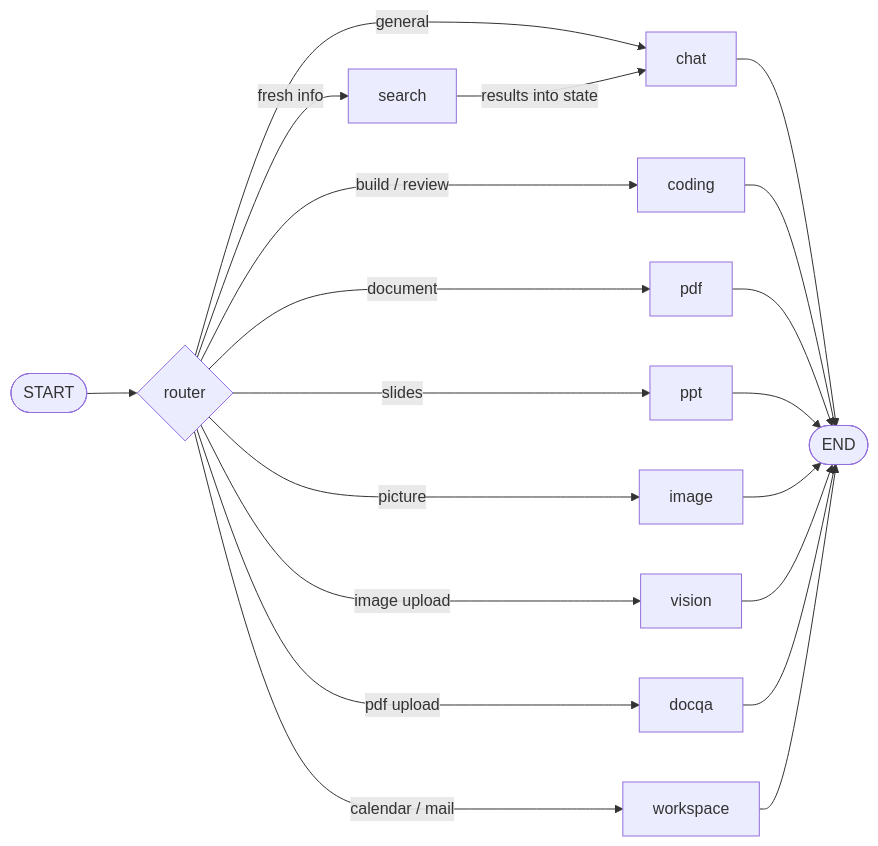
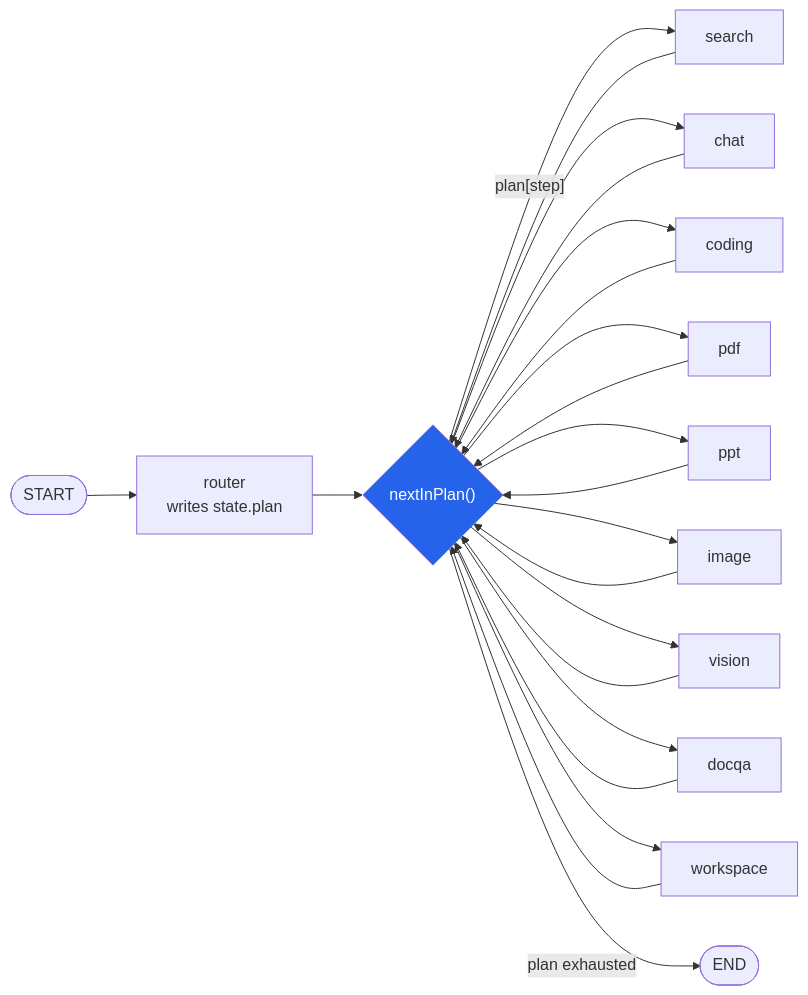
One commit to X-Rachit-X/AI_Secretary changed the second of 13 diagrams in docs/03-ARCHITECTURE.md. Above: the diagram before and after it, drawn with Mermaid. The commit also changed other lines of this file and 27 other files, not shown here.

````diff
--- a/docs/03-ARCHITECTURE.md
+++ b/docs/03-ARCHITECTURE.md
@@ -99,25 +99,29 @@
 ```mermaid
 graph LR
-    START(["START"]) --> ROUTER{"router"}
+    START(["START"]) --> ROUTER["router<br/>writes state.plan"]
+    ROUTER --> NEXT{"nextInPlan()"}
 
-    ROUTER -->|"fresh info"| SEARCH["search"]
-    ROUTER -->|"general"| CHAT["chat"]
-    ROUTER -->|"build / review"| CODING["coding"]
-    ROUTER -->|"document"| PDF["pdf"]
-    ROUTER -->|"slides"| PPT["ppt"]
-    ROUTER -->|"picture"| IMAGE["image"]
-    ROUTER -->|"image upload"| VISION["vision"]
-    ROUTER -->|"pdf upload"| DOCQA["docqa"]
-    ROUTER -->|"calendar / mail"| WS["workspace"]
+    NEXT -->|"plan[step]"| SEARCH["search"]
+    NEXT --> CHAT["chat"]
+    NEXT --> CODING["coding"]
+    NEXT --> PDF["pdf"]
+    NEXT --> PPT["ppt"]
+    NEXT --> IMAGE["image"]
+    NEXT --> VISION["vision"]
+    NEXT --> DOCQA["docqa"]
+    NEXT --> WS["workspace"]
 
-    SEARCH -->|"results into state"| CHAT
+    SEARCH --> NEXT
+    CHAT --> NEXT
+    CODING --> NEXT
+    PDF --> NEXT
+    PPT --> NEXT
+    IMAGE --> NEXT
+    VISION --> NEXT
+    DOCQA --> NEXT
+    WS --> NEXT
 
-    CHAT --> END(["END"])
-    CODING --> END
-    PDF --> END
-    PPT --> END
-    IMAGE --> END
-    VISION --> END
-    DOCQA --> END
-    WS --> END
+    NEXT -->|"plan exhausted"| END(["END"])
+
+    style NEXT fill:#2563eb,color:#fff
 ```
````
